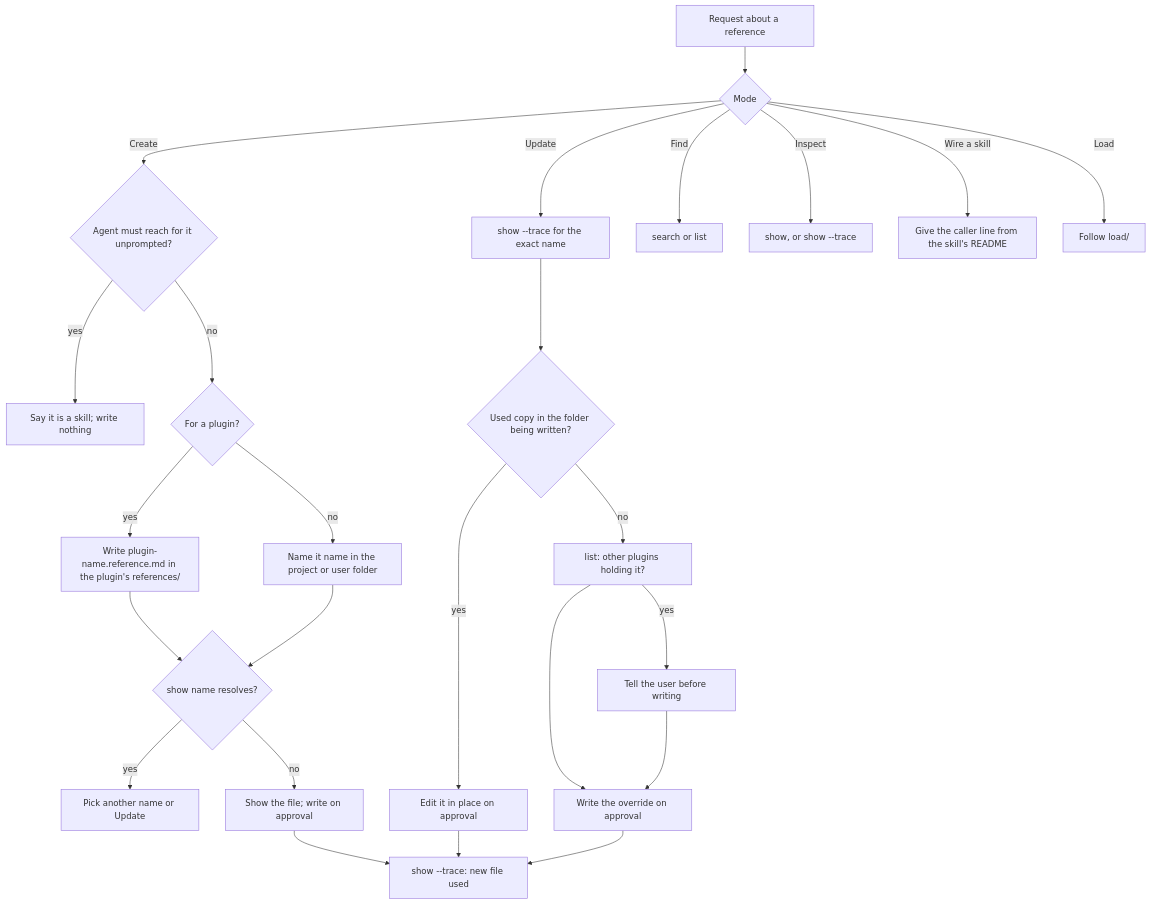
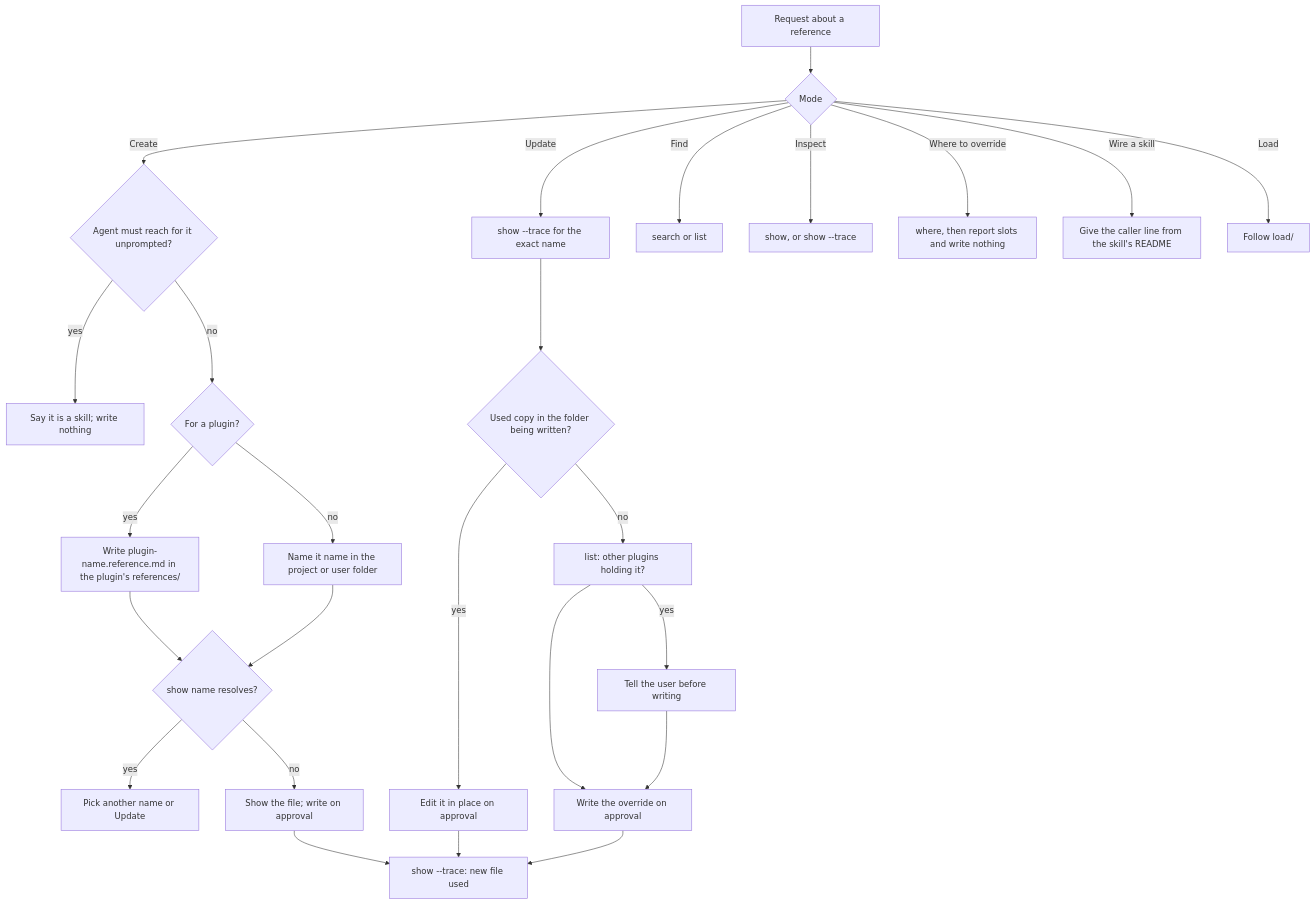
Before and after one commit to repobuddy/buddy-agent-harness: the diagram in packages/buddy-agent-harness/.agents/spec/skills/reference/README.md, drawn with Mermaid. The commit also changed other lines of this file and 13 other files, not shown here.

First line of the commit message:
feat(reference): add `reference where` and the Where to override mode

````diff
--- a/packages/buddy-agent-harness/.agents/spec/skills/reference/README.md
+++ b/packages/buddy-agent-harness/.agents/spec/skills/reference/README.md
@@ -90,27 +92,28 @@
 ```mermaid
 flowchart TD
   A[Request about a reference] --> B{Mode}
   B -->|Create| C{Agent must reach for it unprompted?}
   C -->|yes| C1[Say it is a skill; write nothing]
   C -->|no| D{For a plugin?}
   D -->|yes| E[Write plugin-name.reference.md in the plugin's references/]
   D -->|no| F[Name it name in the project or user folder]
   E --> G{show name resolves?}
   F --> G
   G -->|yes| G1[Pick another name or Update]
   G -->|no| H[Show the file; write on approval]
   H --> I[show --trace: new file used]
   B -->|Update| J[show --trace for the exact name]
   J --> J1{Used copy in the folder being written?}
   J1 -->|yes| J2[Edit it in place on approval]
   J2 --> I
   J1 -->|no| K[list: other plugins holding it?]
   K -->|yes| K1[Tell the user before writing]
   K --> L[Write the override on approval]
   K1 --> L
   L --> I
   B -->|Find| M[search or list]
   B -->|Inspect| N[show, or show --trace]
+  B -->|Where to override| N2[where, then report slots and write nothing]
   B -->|Wire a skill| O[Give the caller line from the skill's README]
   B -->|Load| P[Follow load/]
 ```
````
